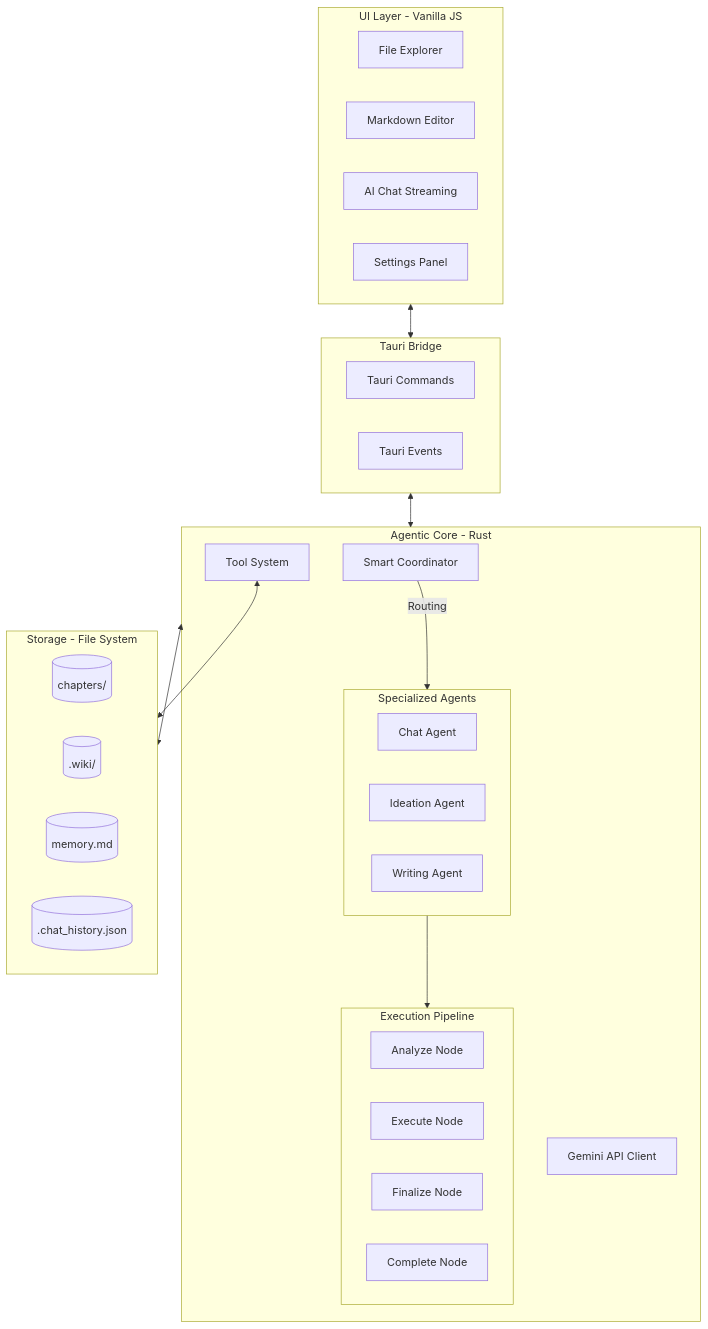
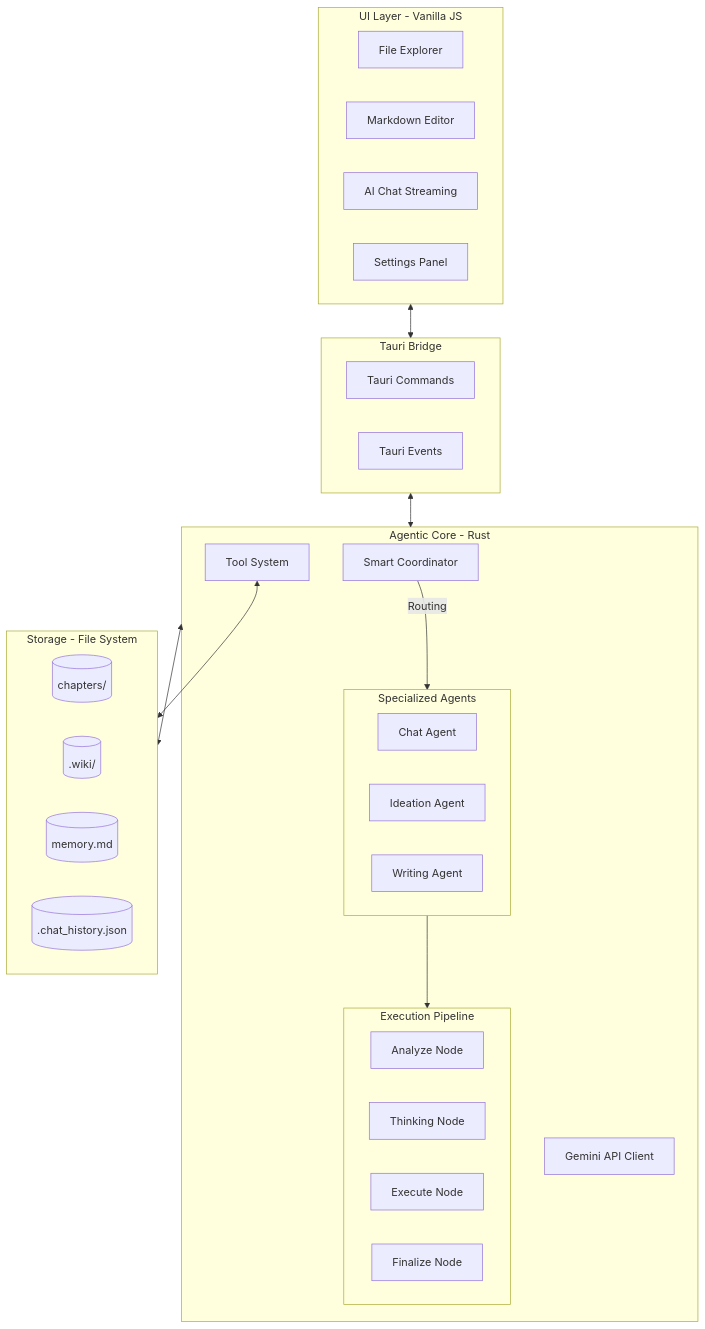
One commit to thichuong/AI_Write_Novel changed the diagram in architecture.md. Above: the diagram before and after it, drawn with Mermaid. The commit also changed other lines of this file and 10 other files, not shown here.

Commit message:
feat: introduce thinking node to agent pipeline and standardize execution flow across agent types

````diff
--- a/architecture.md
+++ b/architecture.md
@@ -7,47 +7,47 @@
 ```mermaid
 graph TD
     subgraph Frontend [UI Layer - Vanilla JS]
         Explorer[File Explorer]
         Editor[Markdown Editor]
         Chat[AI Chat Streaming]
         Settings[Settings Panel]
     end
 
     subgraph Bridge [Tauri Bridge]
         Commands[Tauri Commands]
         Events[Tauri Events]
     end
 
     subgraph Backend [Agentic Core - Rust]
         Coordinator[Smart Coordinator]
         subgraph Agents [Specialized Agents]
             ChatAgent[Chat Agent]
             IdeationAgent[Ideation Agent]
             WritingAgent[Writing Agent]
         end
         subgraph Nodes [Execution Pipeline]
             Analyze[Analyze Node]
+            Thinking[Thinking Node]
             Execute[Execute Node]
             Finalize[Finalize Node]
-            Complete[Complete Node]
         end
         Client[Gemini API Client]
         Tools[Tool System]
     end
 
     subgraph Data [Storage - File System]
         Chapters[(chapters/)]
         Wiki[(.wiki/)]
         MemoryFile[(memory.md)]
         HistoryFile[(.chat_history.json)]
     end
 
     %% Tương tác
     Frontend <--> Bridge
     Bridge <--> Backend
     Backend <--> Data
     Tools <--> Data
     
     Coordinator -->|Routing| Agents
     Agents --> Nodes
 ```
````
